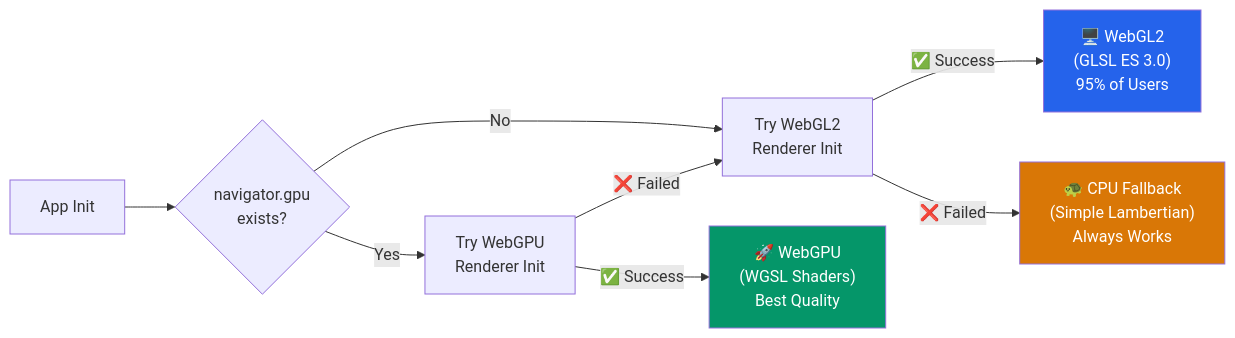
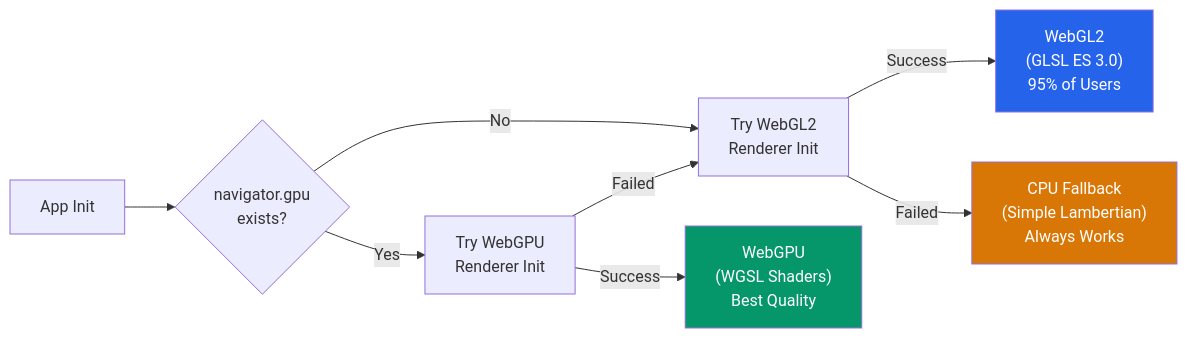
The fourth of 5 diagrams in docs/HOW_IT_WORKS.md (kunal0230/Orlume), drawn with Mermaid before and after one commit. The commit also changed other lines of this file, not shown here.

````diff
--- a/docs/HOW_IT_WORKS.md
+++ b/docs/HOW_IT_WORKS.md
@@ -202,16 +202,16 @@
 ```mermaid
 flowchart LR
     START["App Init"] --> CHECK1{"navigator.gpu\nexists?"}
     CHECK1 -->|Yes| TRY_GPU["Try WebGPU\nRenderer Init"]
     CHECK1 -->|No| TRY_GL["Try WebGL2\nRenderer Init"]
 
-    TRY_GPU -->|"✅ Success"| WEBGPU["🚀 WebGPU\n(WGSL Shaders)\nBest Quality"]
-    TRY_GPU -->|"❌ Failed"| TRY_GL
+    TRY_GPU -->|" Success"| WEBGPU[" WebGPU\n(WGSL Shaders)\nBest Quality"]
+    TRY_GPU -->|" Failed"| TRY_GL
 
-    TRY_GL -->|"✅ Success"| WEBGL2["🖥️ WebGL2\n(GLSL ES 3.0)\n95% of Users"]
-    TRY_GL -->|"❌ Failed"| CPU["🐢 CPU Fallback\n(Simple Lambertian)\nAlways Works"]
+    TRY_GL -->|" Success"| WEBGL2[" WebGL2\n(GLSL ES 3.0)\n95% of Users"]
+    TRY_GL -->|" Failed"| CPU[" CPU Fallback\n(Simple Lambertian)\nAlways Works"]
 
     style WEBGPU fill:#059669,color:#fff
     style WEBGL2 fill:#2563EB,color:#fff
     style CPU fill:#D97706,color:#fff
 ```
````
